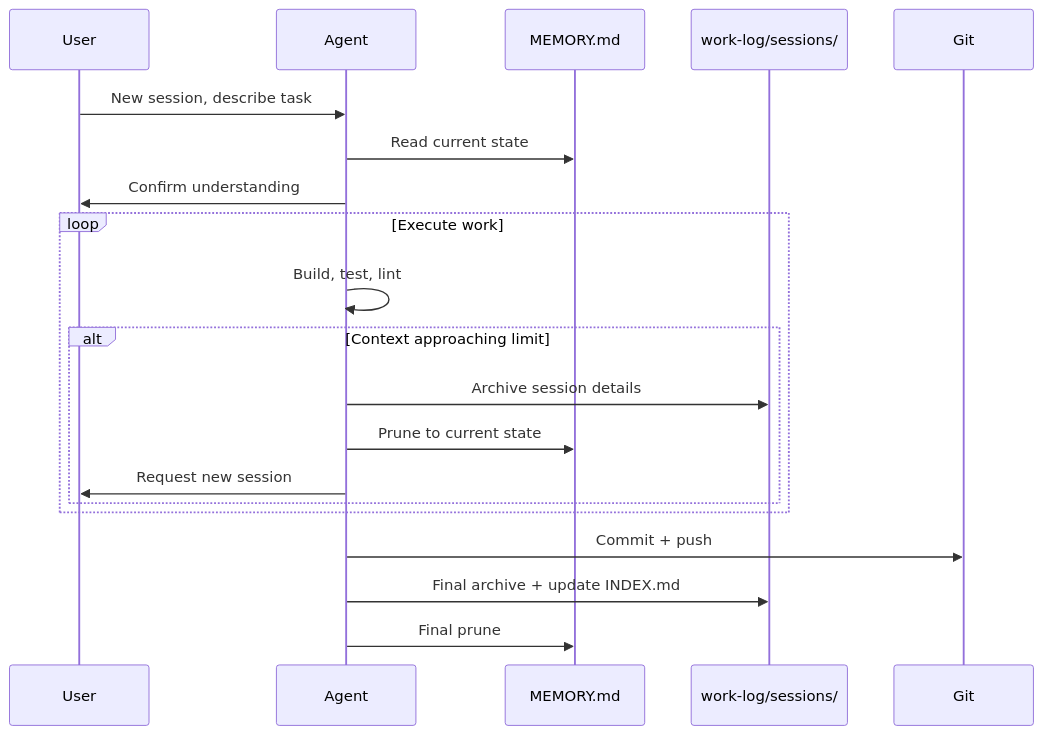
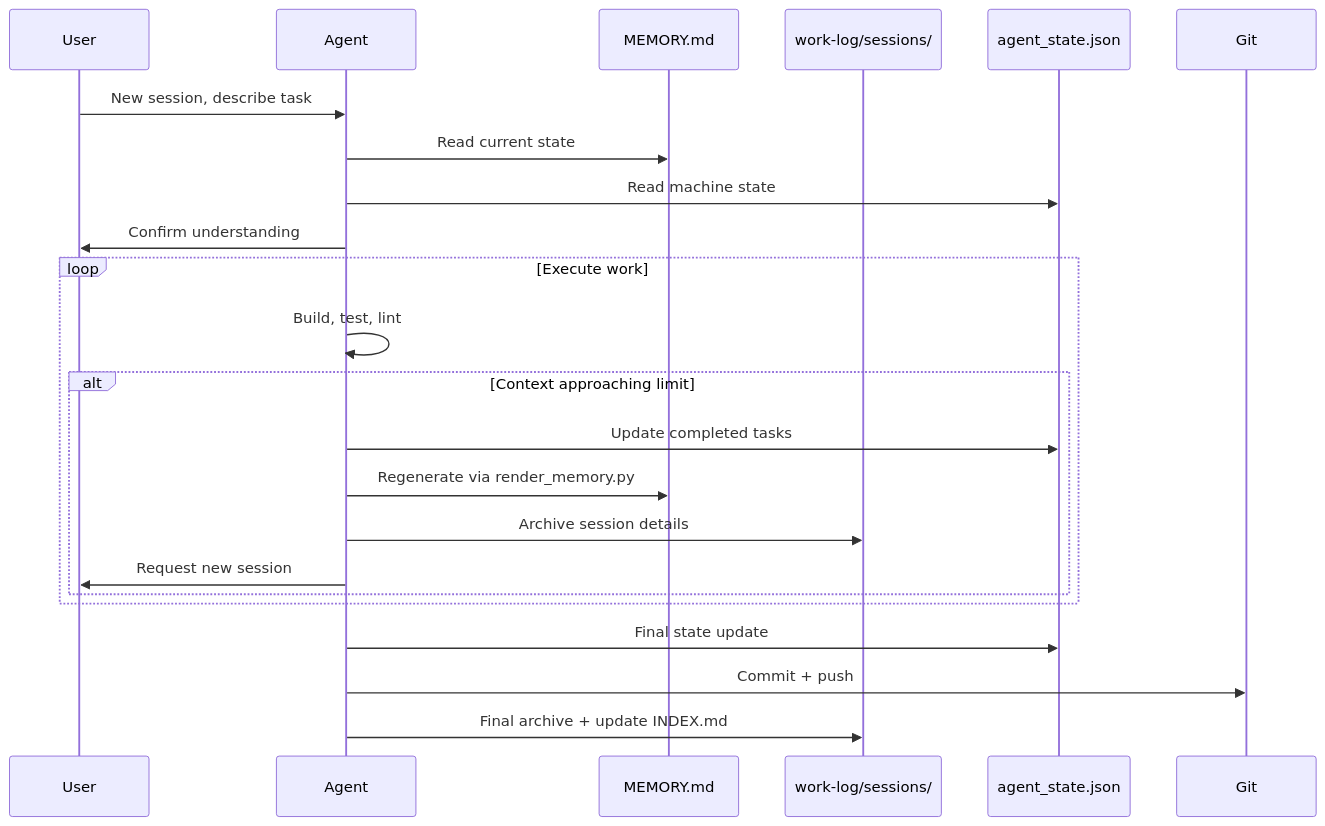
One commit to Pukujan/private-study-log changed the fifth of 5 diagrams in Projects/context-engineeering/implemented context infrastructure.md. Above: the diagram before and after it, drawn with Mermaid. The commit also changed other lines of this file, not shown here.

````diff
--- a/Projects/context-engineeering/implemented context infrastructure.md
+++ b/Projects/context-engineeering/implemented context infrastructure.md
@@ -280,23 +256,26 @@
 ```mermaid
 sequenceDiagram
     participant U as User
     participant A as Agent
     participant M as MEMORY.md
     participant S as work-log/sessions/
+    participant St as agent_state.json
     participant G as Git
 
     U->>A: New session, describe task
     A->>M: Read current state
+    A->>St: Read machine state
     A->>U: Confirm understanding
     loop Execute work
         A->>A: Build, test, lint
         alt Context approaching limit
+            A->>St: Update completed tasks
+            A->>M: Regenerate via render_memory.py
             A->>S: Archive session details
-            A->>M: Prune to current state
             A->>U: Request new session
         end
     end
+    A->>St: Final state update
     A->>G: Commit + push
     A->>S: Final archive + update INDEX.md
-    A->>M: Final prune
 ```
````
